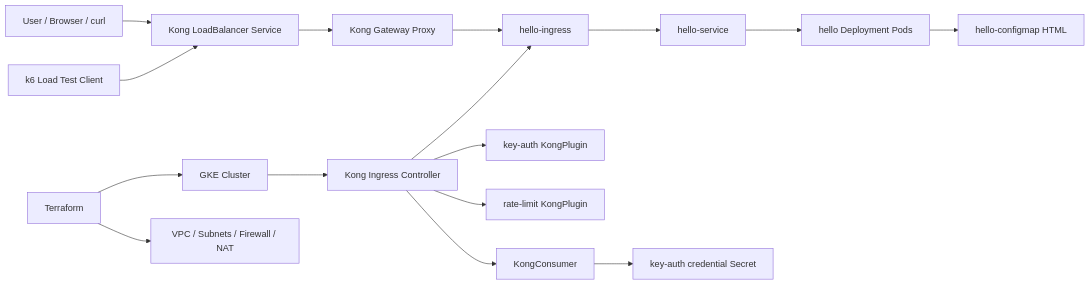
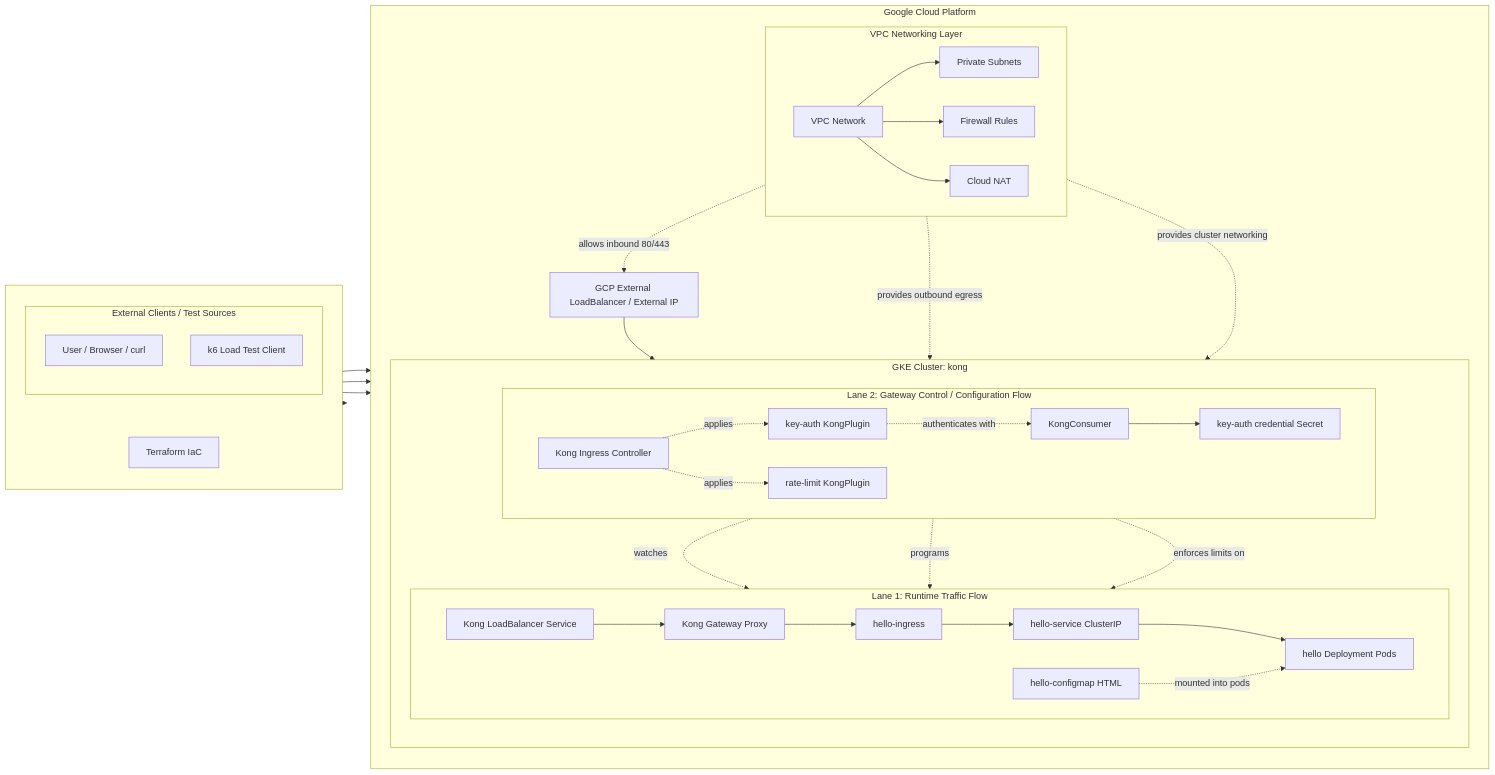
Before and after one commit to tiqsclass6/kubernetes-projects-2026: the diagram in README.md, drawn with Mermaid. The commit also changed other lines of this file and 2 other files, not shown here.

````diff
--- a/README.md
+++ b/README.md
@@ -45,20 +45,79 @@
-```mermaid
+```mermaid id="e5pxgc"
 flowchart LR
-    User[User / Browser / curl] --> LB[Kong LoadBalancer Service]
-    K6[k6 Load Test Client] --> LB
-    LB --> Kong[Kong Gateway Proxy]
-    Kong --> Ingress[hello-ingress]
-    Ingress --> SVC[hello-service]
-    SVC --> PODS[hello Deployment Pods]
-    PODS --> CM[hello-configmap HTML]
+    subgraph LEFT[" "]
+        direction TB
 
-    KIC[Kong Ingress Controller] --> Ingress
-    KIC --> KP1[key-auth KongPlugin]
-    KIC --> KP2[rate-limit KongPlugin]
-    KIC --> Consumer[KongConsumer]
-    Consumer --> Secret[key-auth credential Secret]
+        subgraph CLIENTS[External Clients / Test Sources]
+            direction TB
+            User[User / Browser / curl]
+            K6[k6 Load Test Client]
+        end
 
-    TF[Terraform] --> GKE[GKE Cluster]
-    TF --> VPC[VPC / Subnets / Firewall / NAT]
-    GKE --> KIC
+        TF[Terraform IaC]
+
+        K6 ~~~ TF
+    end
+
+    subgraph GCP[Google Cloud Platform]
+        direction TB
+
+        subgraph NET[VPC Networking Layer]
+            direction LR
+            VPC[VPC Network]
+            SUBNET[Private Subnets]
+            FW[Firewall Rules]
+            NAT[Cloud NAT]
+
+            VPC --> SUBNET
+            VPC --> FW
+            VPC --> NAT
+        end
+
+        GCLB[GCP External LoadBalancer / External IP]
+
+        subgraph GKE[GKE Cluster: kong]
+            direction TB
+
+            subgraph RUNTIME[Lane 1: Runtime Traffic Flow]
+                direction LR
+                LB[Kong LoadBalancer Service]
+                Kong[Kong Gateway Proxy]
+                Ingress[hello-ingress]
+                SVC[hello-service ClusterIP]
+                PODS[hello Deployment Pods]
+                CM[hello-configmap HTML]
+
+                LB --> Kong --> Ingress --> SVC --> PODS
+                CM -. mounted into pods .-> PODS
+            end
+
+            subgraph CONTROL[Lane 2: Gateway Control / Configuration Flow]
+                direction LR
+                KIC[Kong Ingress Controller]
+                KP1[key-auth KongPlugin]
+                KP2[rate-limit KongPlugin]
+                Consumer[KongConsumer]
+                Secret[key-auth credential Secret]
+
+                KIC -. watches .-> Ingress
+                KIC -. applies .-> KP1
+                KIC -. applies .-> KP2
+                KIC -. programs .-> Kong
+                Consumer --> Secret
+                KP1 -. authenticates with .-> Consumer
+                KP2 -. enforces limits on .-> Kong
+            end
+        end
+
+        FW -. allows inbound 80/443 .-> GCLB
+        SUBNET -. provides cluster networking .-> GKE
+        NAT -. provides outbound egress .-> PODS
+        GCLB --> LB
+    end
+
+    User --> GCLB
+    K6 --> GCLB
+
+    TF --> VPC
+    TF --> GKE
 ```
````
